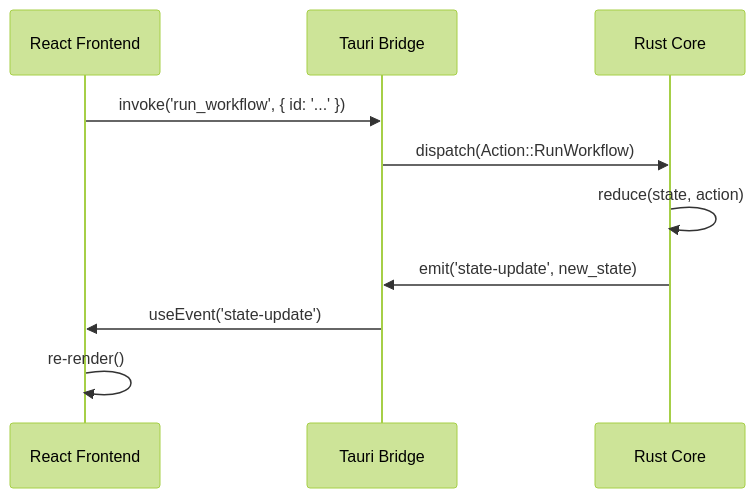
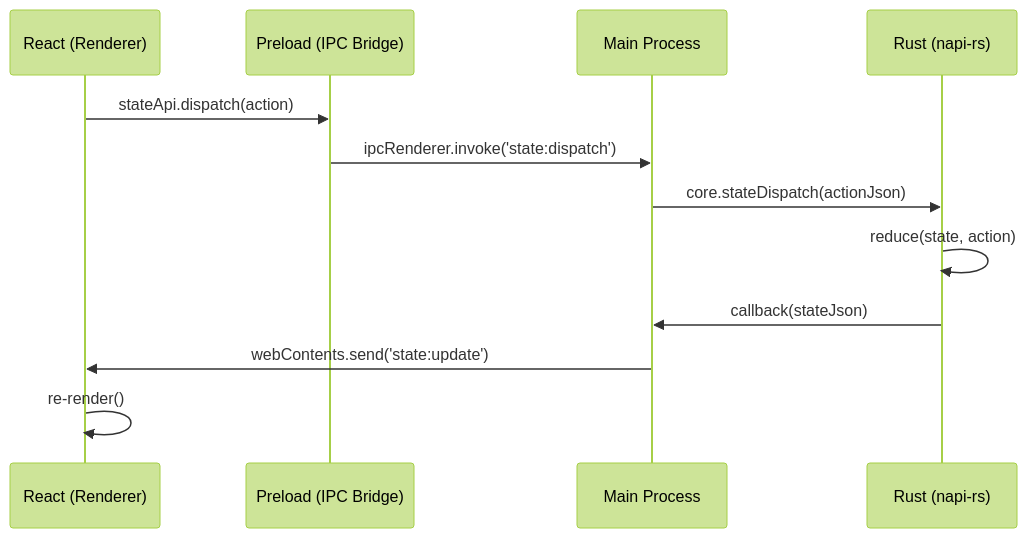
The diagram in kb/architecture/01-system-specification.md (chrischeng-c4/rustation), drawn with Mermaid (forest theme) before and after one commit. The commit also changed other lines of this file and 57 other files, not shown here.

````diff
--- a/kb/architecture/01-system-specification.md
+++ b/kb/architecture/01-system-specification.md
@@ -54,13 +55,15 @@
 ```mermaid
 sequenceDiagram
-    participant React as React Frontend
-    participant Tauri as Tauri Bridge
-    participant Rust as Rust Core
+    participant React as React (Renderer)
+    participant Preload as Preload (IPC Bridge)
+    participant Main as Main Process
+    participant Rust as Rust (napi-rs)
 
-    React->>Tauri: invoke('run_workflow', { id: '...' })
-    Tauri->>Rust: dispatch(Action::RunWorkflow)
+    React->>Preload: stateApi.dispatch(action)
+    Preload->>Main: ipcRenderer.invoke('state:dispatch')
+    Main->>Rust: core.stateDispatch(actionJson)
     Rust->>Rust: reduce(state, action)
-    Rust->>Tauri: emit('state-update', new_state)
-    Tauri->>React: useEvent('state-update')
+    Rust->>Main: callback(stateJson)
+    Main->>React: webContents.send('state:update')
     React->>React: re-render()
 ```
````
